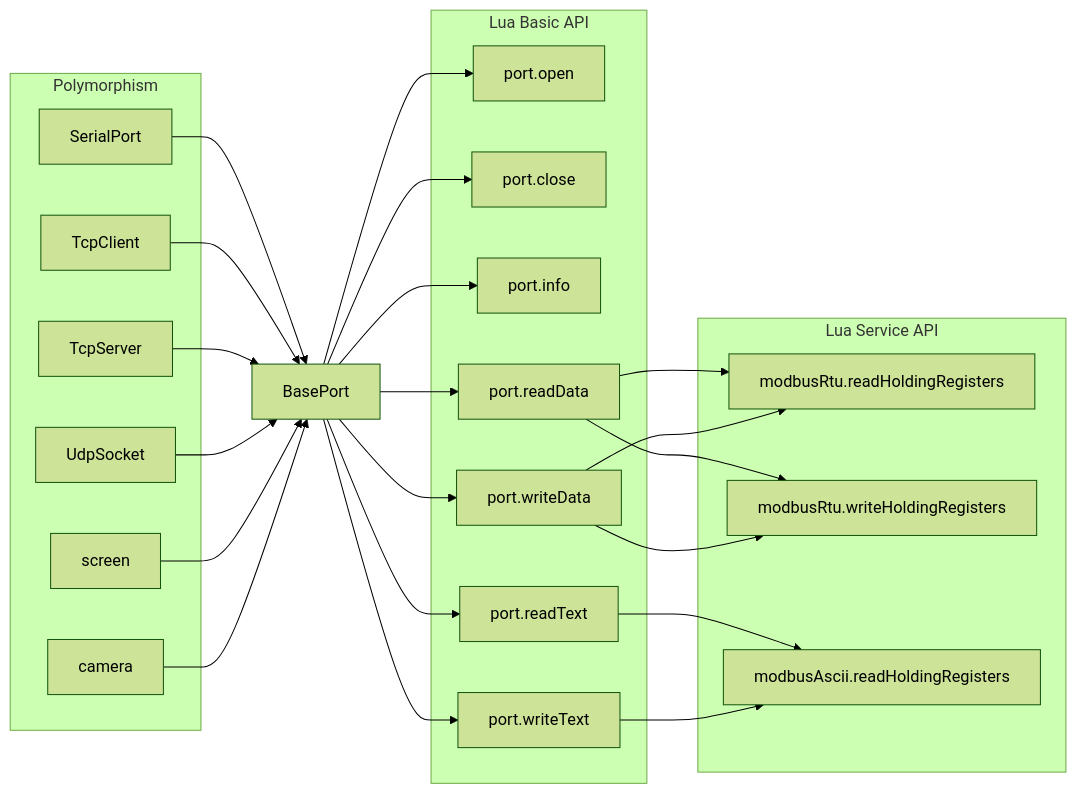
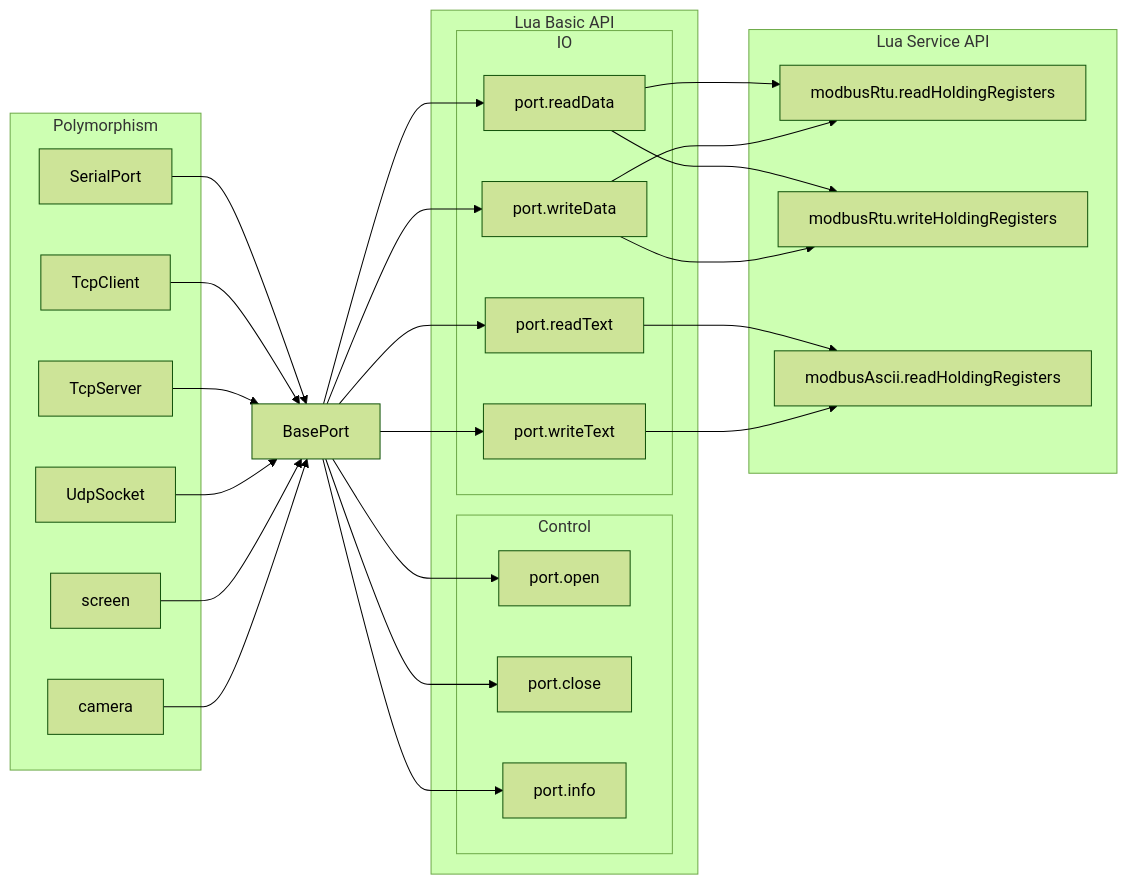
Before and after one commit to zyt20001205/UniComm2: the first of 2 diagrams in readme.md, drawn with Mermaid (forest theme).

Commit message:
optimizing port module

````diff
--- a/readme.md
+++ b/readme.md
@@ -40,35 +40,39 @@
 ```mermaid
 flowchart LR
     subgraph Polymorphism
         serialPort[SerialPort]
         tcpClient[TcpClient]
         tcpServer[TcpServer]
         udpSocket[UdpSocket]
         screen[screen]
         camera[camera]
     end
 
     basePort[BasePort]
 
     subgraph Lua Basic API
-        portOpen[port.open]
-        portClose[port.close]
-        portInfo[port.info]
-        portReadData[port.readData]
-        portWriteData[port.writeData]
-        portReadText[port.readText]
-        portWriteText[port.writeText]
+        subgraph Control
+            portOpen[port.open]
+            portClose[port.close]
+            portInfo[port.info]
+        end
+        subgraph IO
+            portReadData[port.readData]
+            portWriteData[port.writeData]
+            portReadText[port.readText]
+            portWriteText[port.writeText]
+        end
     end
 
     subgraph Lua Service API
         modbusRtuReadHoldingRegisters[modbusRtu.readHoldingRegisters]
         modbusRtuWriteHoldingRegisters[modbusRtu.writeHoldingRegisters]
         modbusAsciiReadHoldingRegisters[modbusAscii.readHoldingRegisters]
     end
 
     serialPort & tcpClient & tcpServer & udpSocket & screen & camera --> basePort
     basePort --> portOpen & portClose & portInfo & portReadData & portReadText & portWriteData & portWriteText
     portReadData & portWriteData --> modbusRtuReadHoldingRegisters
     portReadData & portWriteData --> modbusRtuWriteHoldingRegisters
     portReadText & portWriteText --> modbusAsciiReadHoldingRegisters
 ```
````
